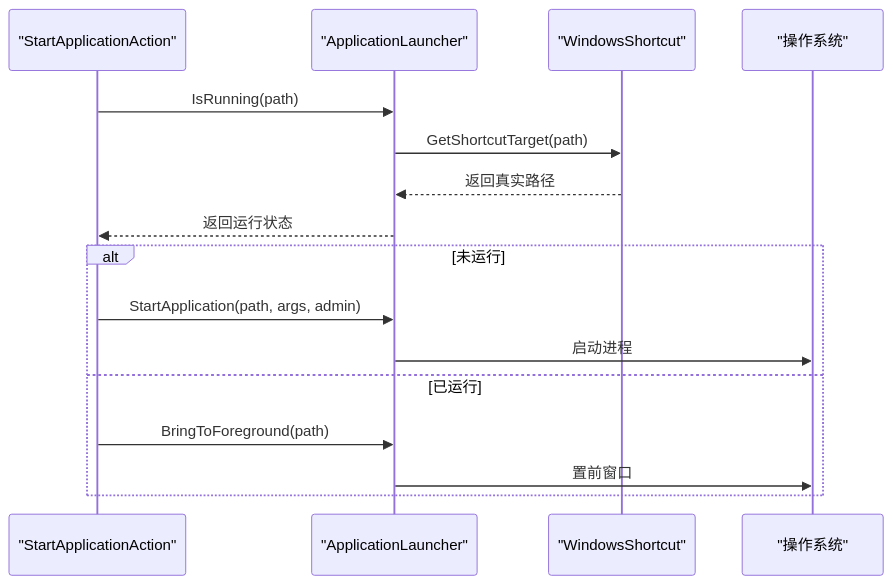
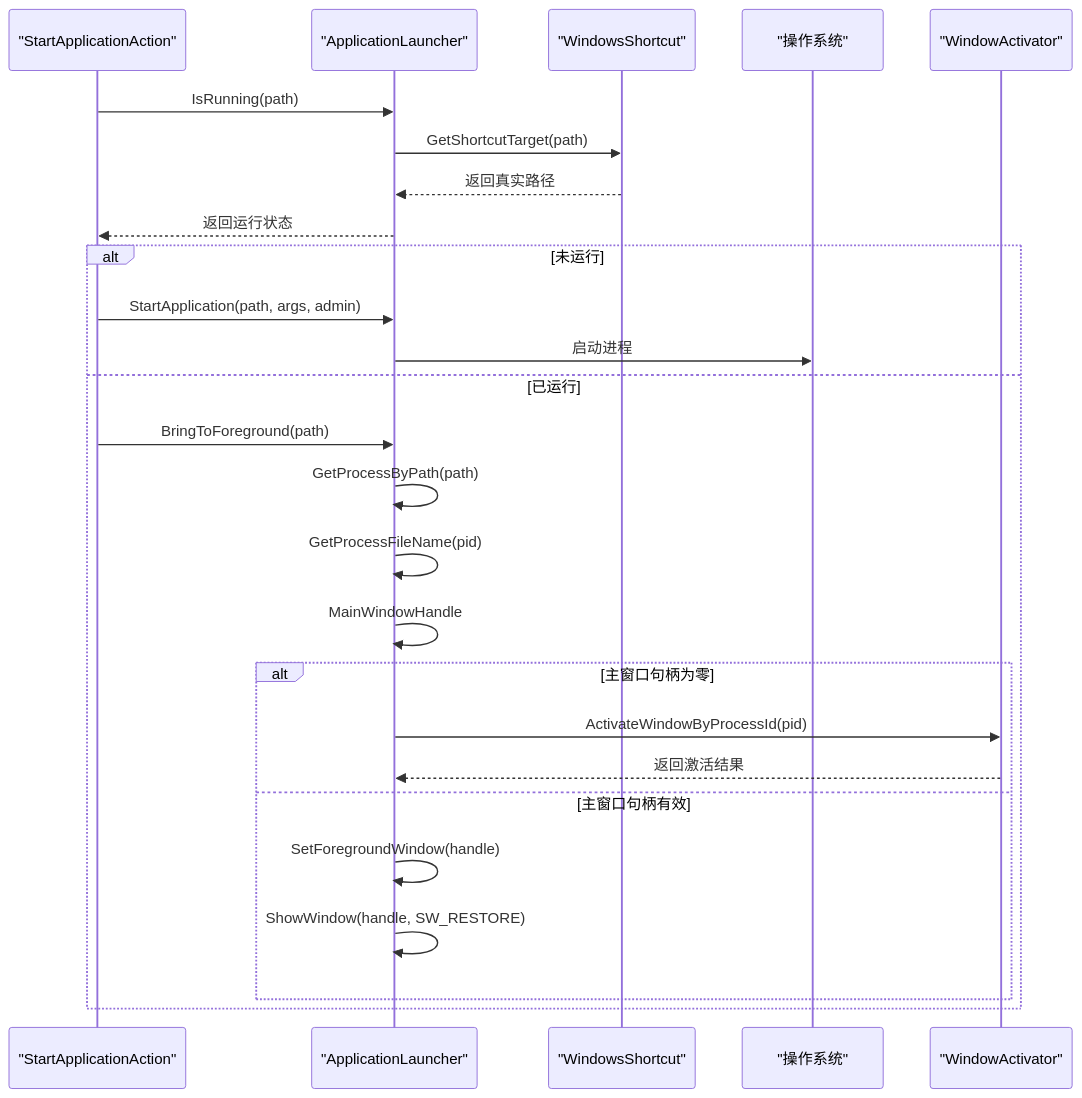
One commit to tea4go/Macro-Deck-Windows-Utils-Plugin changed the fourth of 6 diagrams in .qoder/repowiki/zh/content/开发者指南/工具函数库/工具函数库.md. Above: the diagram before and after it, drawn with Mermaid. The commit also changed other lines of this file and 38 other files, not shown here.

````diff
--- a/.qoder/repowiki/zh/content/开发者指南/工具函数库/工具函数库.md
+++ b/.qoder/repowiki/zh/content/开发者指南/工具函数库/工具函数库.md
@@ -196,18 +207,28 @@
 ```mermaid
 sequenceDiagram
 participant SA as "StartApplicationAction"
 participant AL as "ApplicationLauncher"
 participant WS as "WindowsShortcut"
 participant OS as "操作系统"
+participant WA as "WindowActivator"
 SA->>AL : IsRunning(path)
 AL->>WS : GetShortcutTarget(path)
 WS-->>AL : 返回真实路径
 AL-->>SA : 返回运行状态
 alt 未运行
 SA->>AL : StartApplication(path, args, admin)
 AL->>OS : 启动进程
 else 已运行
 SA->>AL : BringToForeground(path)
-AL->>OS : 置前窗口
+AL->>AL : GetProcessByPath(path)
+AL->>AL : GetProcessFileName(pid)
+AL->>AL : MainWindowHandle
+alt 主窗口句柄为零
+AL->>WA : ActivateWindowByProcessId(pid)
+WA-->>AL : 返回激活结果
+else 主窗口句柄有效
+AL->>AL : SetForegroundWindow(handle)
+AL->>AL : ShowWindow(handle, SW_RESTORE)
+end
 end
 ```
````
